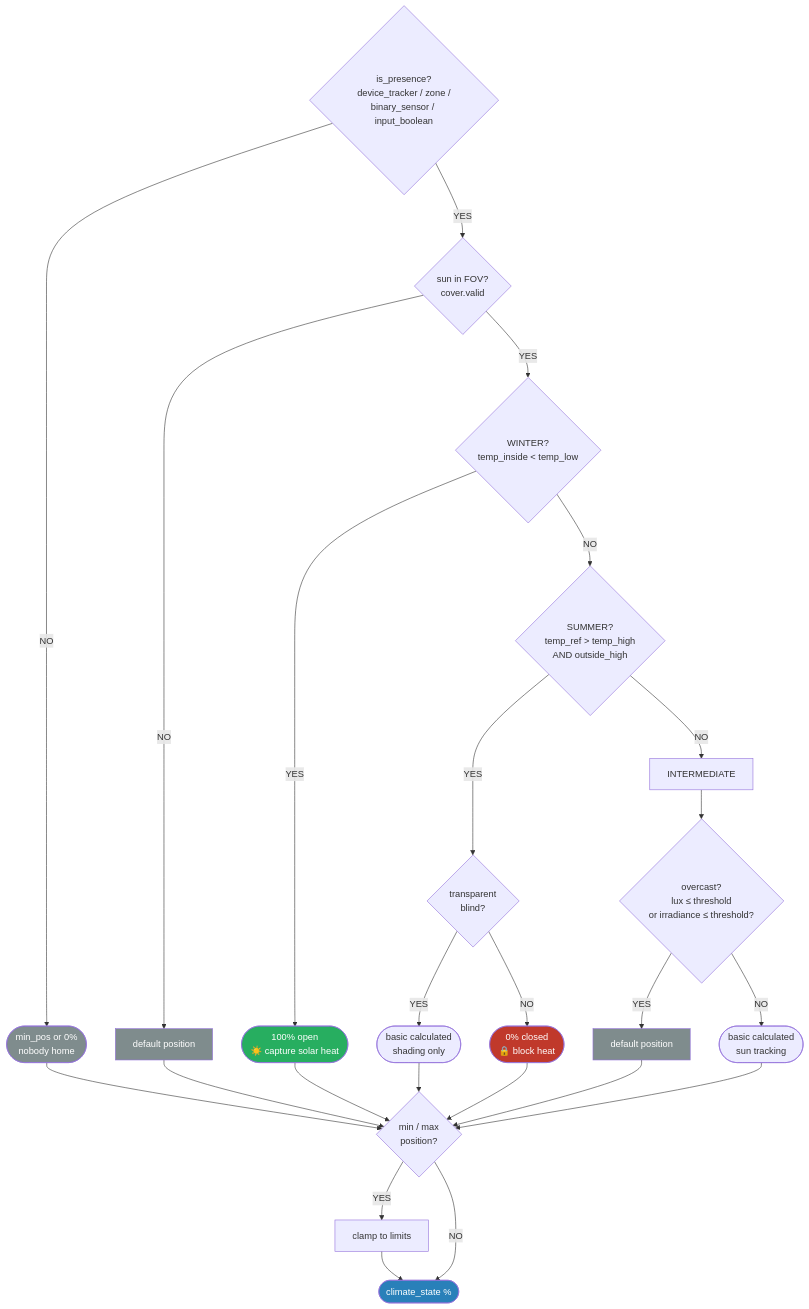
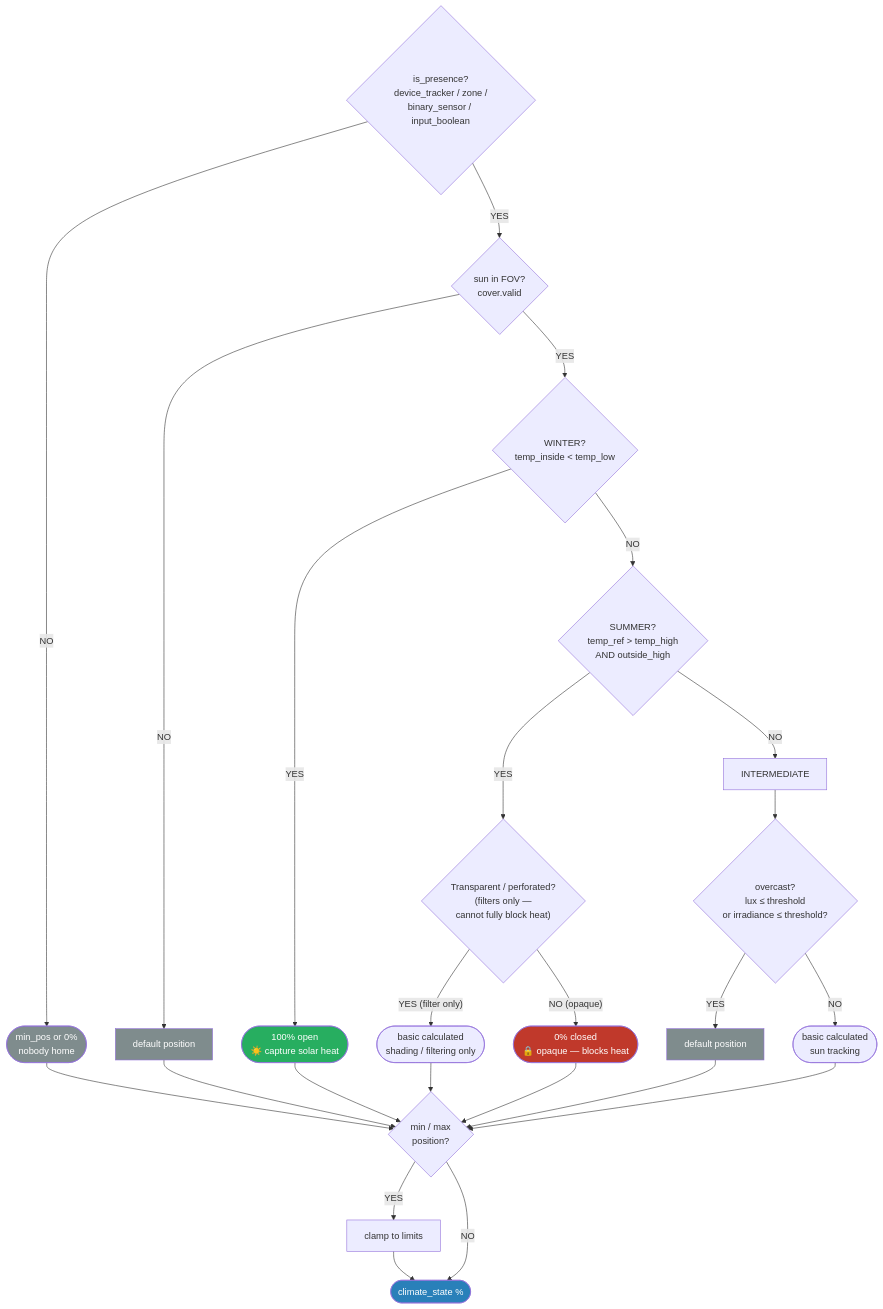
The fourth of 4 diagrams in custom_components/adaptive_cover/README.md (basbruss/adaptive-cover), drawn with Mermaid before and after one commit. The commit also changed other lines of this file, not shown here.

Commit message:
clarify: TRANS node label in climate flowchart — transparent=filter only, opaque=blocks heat

````diff
--- a/custom_components/adaptive_cover/README.md
+++ b/custom_components/adaptive_cover/README.md
@@ -173,44 +173,44 @@
 ```mermaid
 flowchart TD
     PRES{"is_presence?\ndevice_tracker / zone /\nbinary_sensor / input_boolean"}
     NONE(["min_pos  or  0%\nnobody home"])
     FOV{"sun in FOV?\ncover.valid"}
     DDEF["default position"]
     WIN{"WINTER?\ntemp_inside < temp_low"}
     C100(["100% open\n☀️ capture solar heat"])
     SUM{"SUMMER?\ntemp_ref > temp_high\nAND outside_high"}
-    TRANS{"transparent\nblind?"}
-    BCALC(["basic calculated\nshading only"])
-    ZERO(["0% closed\n🔒 block heat"])
+    TRANS{"Transparent / perforated?\n(filters only —\ncannot fully block heat)"}
+    BCALC(["basic calculated\nshading / filtering only"])
+    ZERO(["0% closed\n🔒 opaque — blocks heat"])
     INTER["INTERMEDIATE"]
     LUX{"overcast?\nlux ≤ threshold\nor irradiance ≤ threshold?"}
     LDEF["default position"]
     LCALC(["basic calculated\nsun tracking"])
     MM{"min / max\nposition?"}
     CLAMP["clamp to limits"]
     COUT(["climate_state  %"])
 
     PRES -->|NO| NONE
     PRES -->|YES| FOV
     FOV -->|NO| DDEF
     FOV -->|YES| WIN
     WIN -->|YES| C100
     WIN -->|NO| SUM
     SUM -->|YES| TRANS
-    TRANS -->|YES| BCALC
-    TRANS -->|NO| ZERO
+    TRANS -->|"YES (filter only)"| BCALC
+    TRANS -->|"NO (opaque)"| ZERO
     SUM -->|NO| INTER --> LUX
     LUX -->|YES| LDEF
     LUX -->|NO| LCALC
 
     NONE & DDEF & C100 & BCALC & ZERO & LDEF & LCALC --> MM
     MM -->|YES| CLAMP --> COUT
     MM -->|NO| COUT
 
     style C100 fill:#27ae60,color:#fff
     style ZERO fill:#c0392b,color:#fff
     style NONE fill:#7f8c8d,color:#fff
     style DDEF fill:#7f8c8d,color:#fff
     style LDEF fill:#7f8c8d,color:#fff
     style COUT fill:#2980b9,color:#fff
 ```
````
